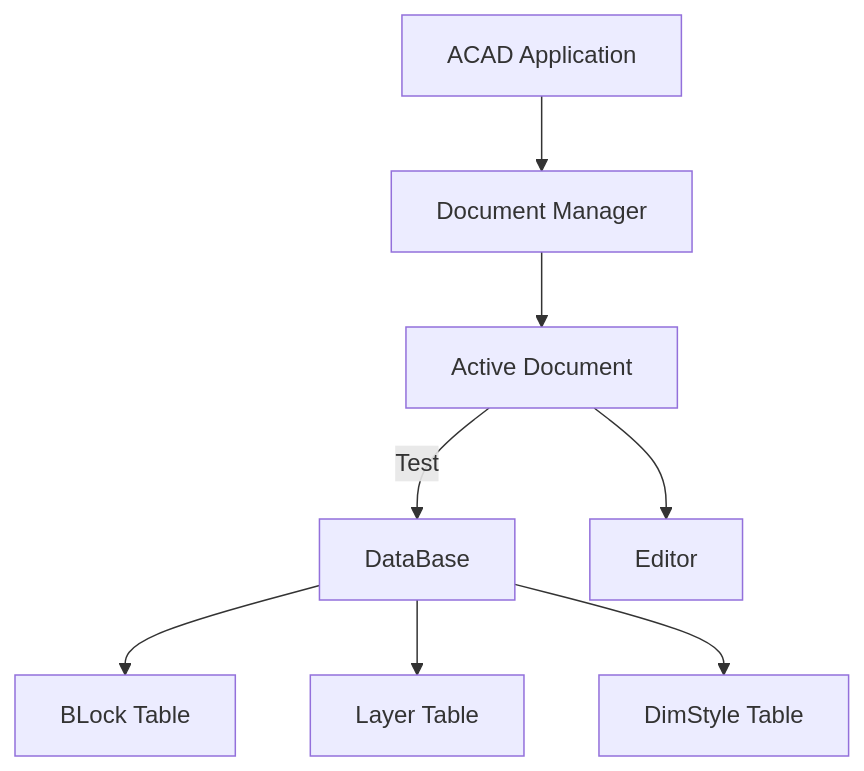
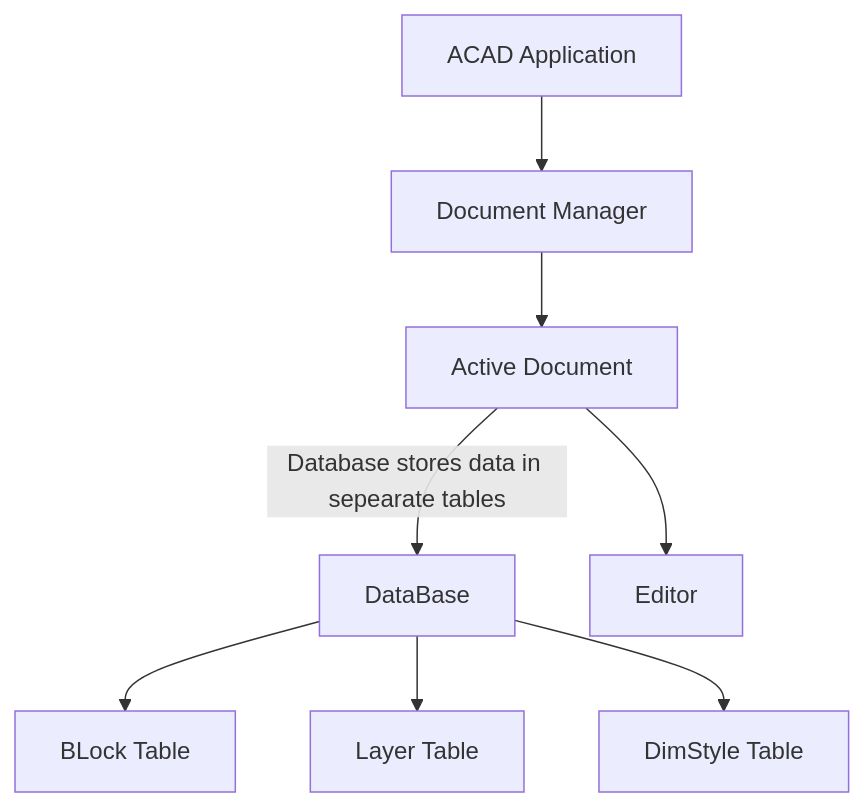
Before and after one commit to NodesAutomations/CSharp: the diagram in Autocad/Doc/AutoCAD Object Model.md, drawn with Mermaid.

Commit message:
Update AutoCAD Object Model.md

````diff
--- a/Autocad/Doc/AutoCAD Object Model.md
+++ b/Autocad/Doc/AutoCAD Object Model.md
@@ -2,10 +2,10 @@
 ```mermaid
 graph TD
 A[ACAD Application]-->B[Document Manager]
 B-->C[Active Document]
-C-->|Test|D[DataBase]
+C-->|Database stores data in sepearate tables|D[DataBase]
 C-->E[Editor]
 D-->F[BLock Table]
 D-->G[Layer Table]
 D-->H[DimStyle Table]
 ```
````
